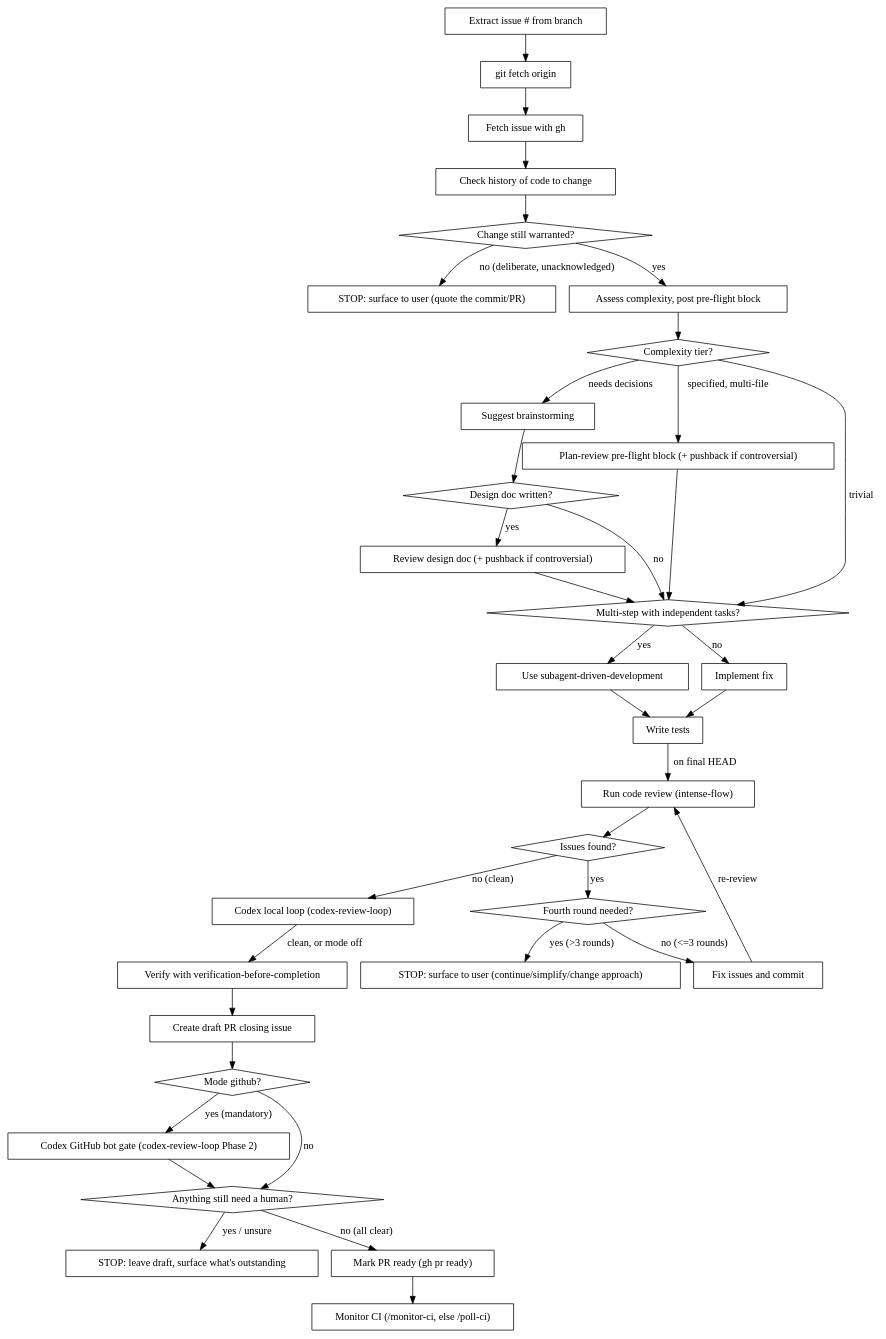
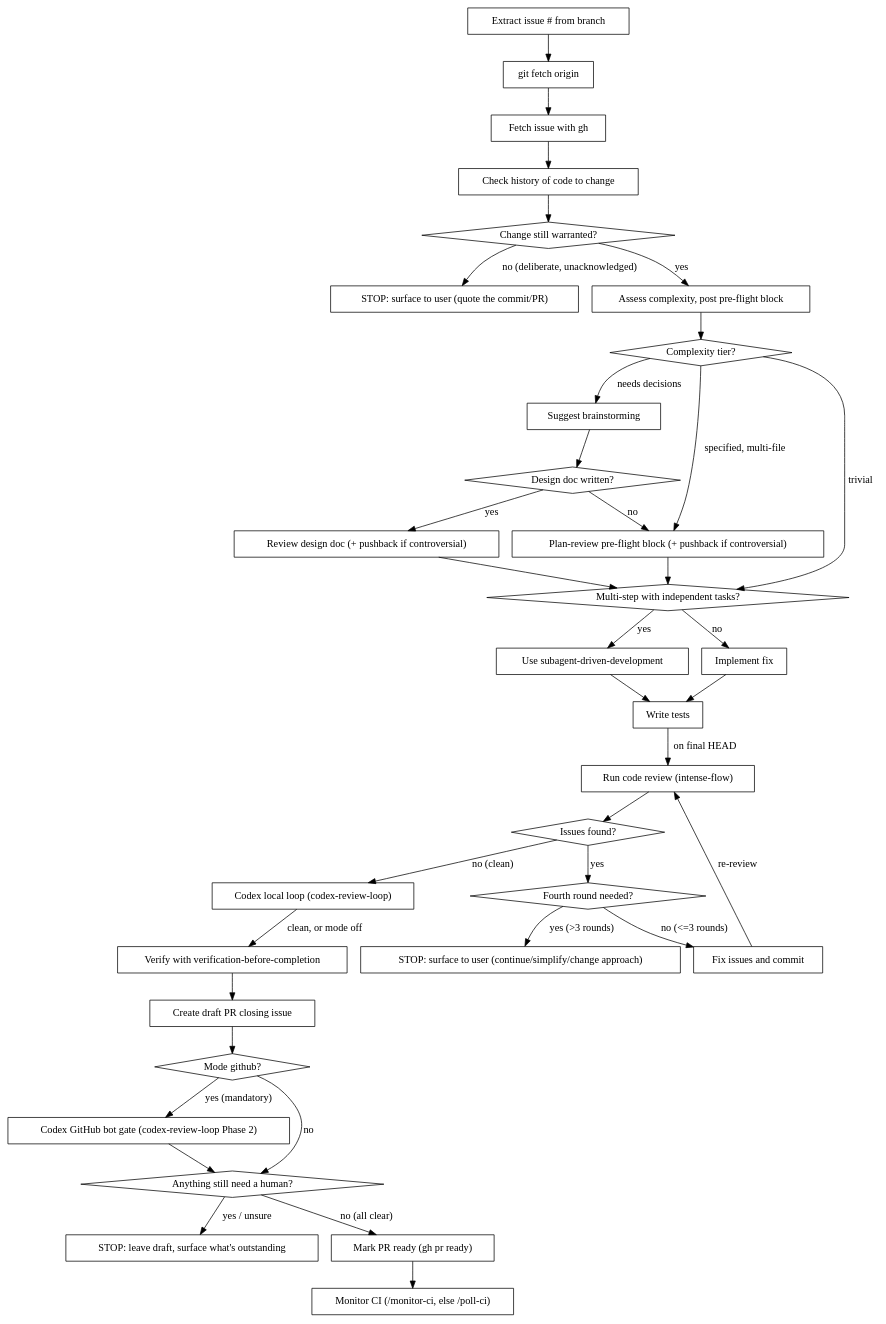
One commit to oalders/kitchen-sink changed the diagram in commands/fix-gh-issue.md. Above: the diagram before and after it, drawn with Graphviz. The commit also changed other lines of this file and 1 other file, not shown here.

First line of the commit message:
fix-gh-issue: address review round 2 for #91

````diff
--- a/commands/fix-gh-issue.md
+++ b/commands/fix-gh-issue.md
@@ -66,70 +66,70 @@
 ```dot
 digraph fix_issue {
     "Extract issue # from branch" [shape=box];
     "git fetch origin" [shape=box];
     "Fetch issue with gh" [shape=box];
     "Check history of code to change" [shape=box];
     "Change still warranted?" [shape=diamond];
     "STOP: surface to user (quote the commit/PR)" [shape=box];
     "Assess complexity, post pre-flight block" [shape=box];
     "Complexity tier?" [shape=diamond];
     "Suggest brainstorming" [shape=box];
     "Design doc written?" [shape=diamond];
     "Review design doc (+ pushback if controversial)" [shape=box];
     "Plan-review pre-flight block (+ pushback if controversial)" [shape=box];
     "Multi-step with independent tasks?" [shape=diamond];
     "Use subagent-driven-development" [shape=box];
     "Implement fix" [shape=box];
     "Write tests" [shape=box];
     "Run code review (intense-flow)" [shape=box];
     "Issues found?" [shape=diamond];
     "Fourth round needed?" [shape=diamond];
     "STOP: surface to user (continue/simplify/change approach)" [shape=box];
     "Fix issues and commit" [shape=box];
     "Codex local loop (codex-review-loop)" [shape=box];
     "Verify with verification-before-completion" [shape=box];
     "Create draft PR closing issue" [shape=box];
     "Mode github?" [shape=diamond];
     "Codex GitHub bot gate (codex-review-loop Phase 2)" [shape=box];
     "Anything still need a human?" [shape=diamond];
     "STOP: leave draft, surface what's outstanding" [shape=box];
     "Mark PR ready (gh pr ready)" [shape=box];
     "Monitor CI (/monitor-ci, else /poll-ci)" [shape=box];
 
     "Extract issue # from branch" -> "git fetch origin";
     "git fetch origin" -> "Fetch issue with gh";
     "Fetch issue with gh" -> "Check history of code to change";
     "Check history of code to change" -> "Change still warranted?";
     "Change still warranted?" -> "STOP: surface to user (quote the commit/PR)" [label="no (deliberate, unacknowledged)"];
     "Change still warranted?" -> "Assess complexity, post pre-flight block" [label="yes"];
     "Assess complexity, post pre-flight block" -> "Complexity tier?";
     "Complexity tier?" -> "Suggest brainstorming" [label="needs decisions"];
     "Complexity tier?" -> "Plan-review pre-flight block (+ pushback if controversial)" [label="specified, multi-file"];
     "Complexity tier?" -> "Multi-step with independent tasks?" [label="trivial"];
     "Plan-review pre-flight block (+ pushback if controversial)" -> "Multi-step with independent tasks?";
     "Suggest brainstorming" -> "Design doc written?";
     "Design doc written?" -> "Review design doc (+ pushback if controversial)" [label="yes"];
-    "Design doc written?" -> "Multi-step with independent tasks?" [label="no"];
+    "Design doc written?" -> "Plan-review pre-flight block (+ pushback if controversial)" [label="no"];
     "Review design doc (+ pushback if controversial)" -> "Multi-step with independent tasks?";
     "Multi-step with independent tasks?" -> "Use subagent-driven-development" [label="yes"];
     "Multi-step with independent tasks?" -> "Implement fix" [label="no"];
     "Use subagent-driven-development" -> "Write tests";
     "Implement fix" -> "Write tests";
     "Write tests" -> "Run code review (intense-flow)" [label="on final HEAD"];
     "Run code review (intense-flow)" -> "Issues found?";
     "Issues found?" -> "Fourth round needed?" [label="yes"];
     "Fourth round needed?" -> "STOP: surface to user (continue/simplify/change approach)" [label="yes (>3 rounds)"];
     "Fourth round needed?" -> "Fix issues and commit" [label="no (<=3 rounds)"];
     "Fix issues and commit" -> "Run code review (intense-flow)" [label="re-review"];
     "Issues found?" -> "Codex local loop (codex-review-loop)" [label="no (clean)"];
     "Codex local loop (codex-review-loop)" -> "Verify with verification-before-completion" [label="clean, or mode off"];
     "Verify with verification-before-completion" -> "Create draft PR closing issue";
     "Create draft PR closing issue" -> "Mode github?";
     "Mode github?" -> "Codex GitHub bot gate (codex-review-loop Phase 2)" [label="yes (mandatory)"];
     "Mode github?" -> "Anything still need a human?" [label="no"];
     "Codex GitHub bot gate (codex-review-loop Phase 2)" -> "Anything still need a human?";
     "Anything still need a human?" -> "STOP: leave draft, surface what's outstanding" [label="yes / unsure"];
     "Anything still need a human?" -> "Mark PR ready (gh pr ready)" [label="no (all clear)"];
     "Mark PR ready (gh pr ready)" -> "Monitor CI (/monitor-ci, else /poll-ci)";
 }
 ```
````
